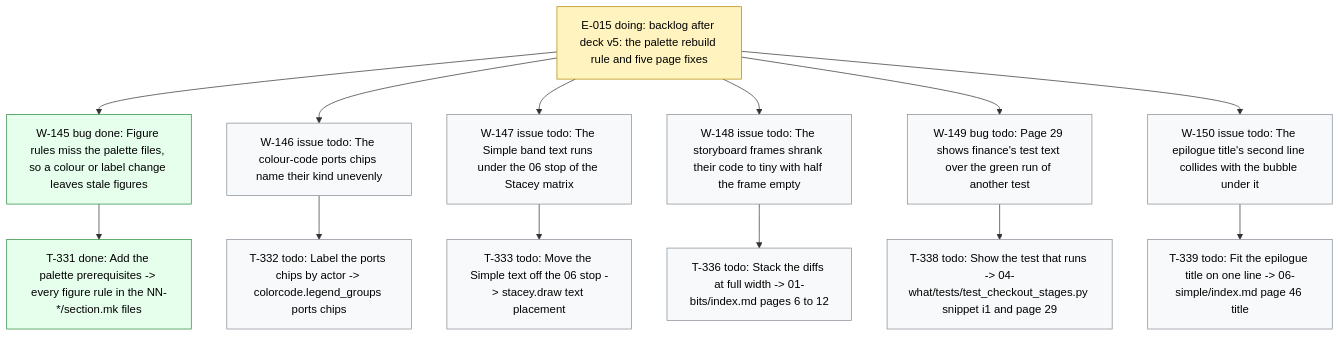
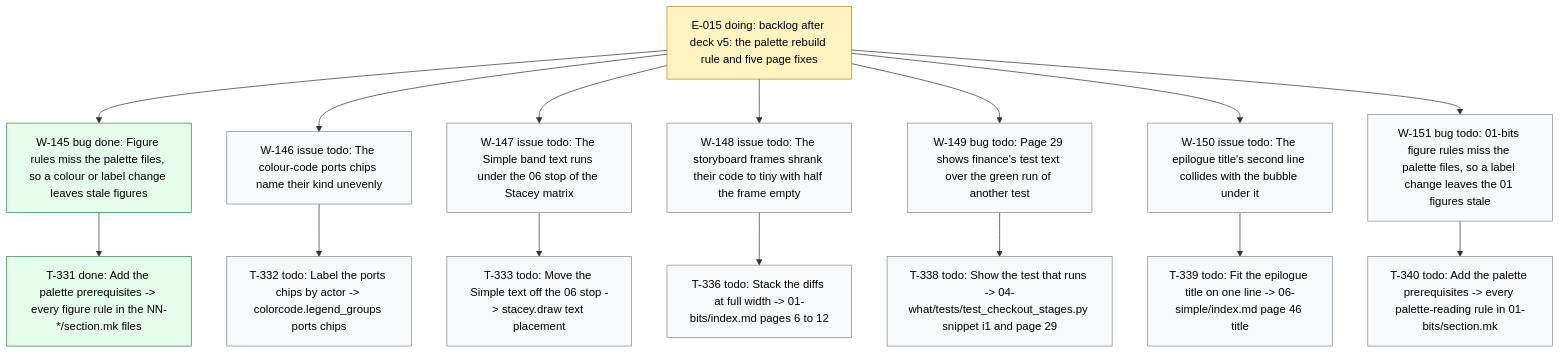
The diagram in .board/BOARD.md (dpopchev/chaos-to-simple), drawn with Mermaid before and after one commit. The commit also changed other lines of this file and 5 other files, not shown here.

````diff
--- a/.board/BOARD.md
+++ b/.board/BOARD.md
@@ -859,24 +860,26 @@
 ```mermaid
 flowchart TD
   E015["E-015 doing: backlog after deck v5: the palette rebuild rule and five page fixes"]
   E015 --> W145["W-145 bug done: Figure rules miss the palette files, so a colour or label change leaves stale figures"]
   W145 --> T331["T-331 done: Add the palette prerequisites -> every figure rule in the NN-*/section.mk files"]
   E015 --> W146["W-146 issue todo: The colour-code ports chips name their kind unevenly"]
   W146 --> T332["T-332 todo: Label the ports chips by actor -> colorcode.legend_groups ports chips"]
   E015 --> W147["W-147 issue todo: The Simple band text runs under the 06 stop of the Stacey matrix"]
   W147 --> T333["T-333 todo: Move the Simple text off the 06 stop -> stacey.draw text placement"]
   E015 --> W148["W-148 issue todo: The storyboard frames shrank their code to tiny with half the frame empty"]
   W148 --> T336["T-336 todo: Stack the diffs at full width -> 01-bits/index.md pages 6 to 12"]
   E015 --> W149["W-149 bug todo: Page 29 shows finance's test text over the green run of another test"]
   W149 --> T338["T-338 todo: Show the test that runs -> 04-what/tests/test_checkout_stages.py snippet i1 and page 29"]
   E015 --> W150["W-150 issue todo: The epilogue title's second line collides with the bubble under it"]
   W150 --> T339["T-339 todo: Fit the epilogue title on one line -> 06-simple/index.md page 46 title"]
+  E015 --> W151["W-151 bug todo: 01-bits figure rules miss the palette files, so a label change leaves the 01 figures stale"]
+  W151 --> T340["T-340 todo: Add the palette prerequisites -> every palette-reading rule in 01-bits/section.mk"]
   classDef doing fill:#fff3bf,stroke:#b58900,color:#000;
   classDef blocked fill:#ffe3e3,stroke:#c92a2a,color:#000;
   classDef done fill:#e6ffed,stroke:#2b8a3e,color:#000;
   classDef todo fill:#f8f9fa,stroke:#868e96,color:#000;
   classDef pruned fill:#f1f3f5,stroke:#adb5bd,color:#000;
   class E015 doing
   class W145,T331 done
-  class W146,T332,W147,T333,W148,T336,W149,T338,W150,T339 todo
+  class W146,T332,W147,T333,W148,T336,W149,T338,W150,T339,W151,T340 todo
 ```
````
